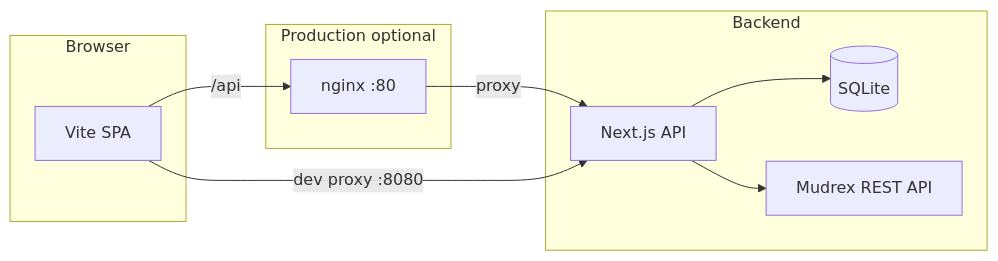
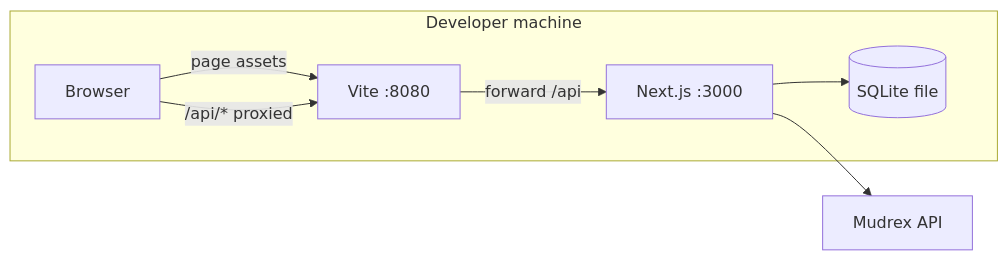
Before and after one commit to DecentralizedJM/RexAlgo: the second of 7 diagrams in docs/ARCHITECTURE.md, drawn with Mermaid. The commit also changed other lines of this file and 8 other files, not shown here.

Commit message:
docs: architecture diagrams, security, roadmap, and contributing guides

````diff
--- a/docs/ARCHITECTURE.md
+++ b/docs/ARCHITECTURE.md
@@ -3,22 +39,16 @@
 ```mermaid
 flowchart LR
-  subgraph browser [Browser]
-    UI[Vite SPA]
+  subgraph dev [Developer machine]
+    BR[Browser]
+    V[Vite :8080]
+    N[Next.js :3000]
+    DB[(SQLite file)]
   end
+  MR[Mudrex API]
 
-  subgraph edge [Production optional]
-    NG[nginx :80]
-  end
-
-  subgraph api [Backend]
-    NX[Next.js API]
-    DB[(SQLite)]
-    MR[Mudrex REST API]
-  end
-
-  UI -->|"/api"| NG
-  NG -->|proxy| NX
-  UI -->|dev proxy :8080| NX
-  NX --> DB
-  NX --> MR
+  BR -->|page assets| V
+  BR -->|/api/* proxied| V
+  V -->|forward /api| N
+  N --> DB
+  N --> MR
 ```
````
